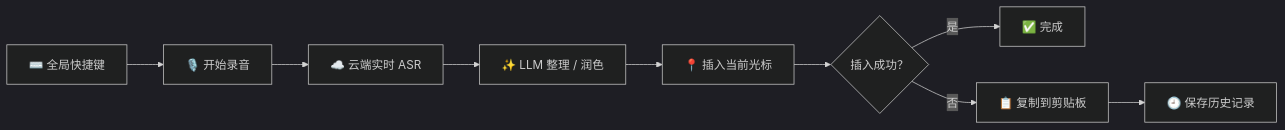
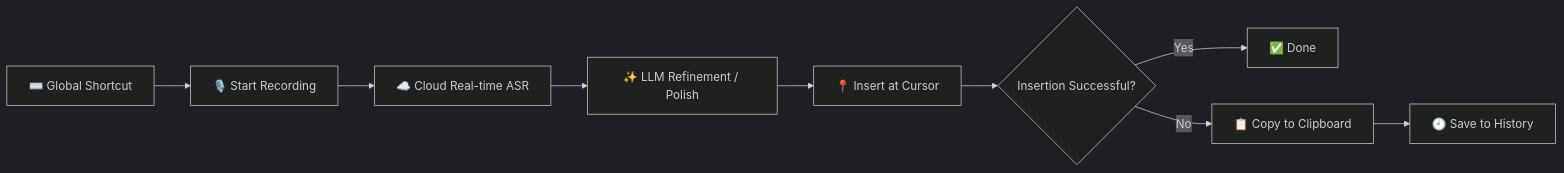
Before and after one commit to lubiny0601-spec/whisper-input: the first of 5 diagrams in README.md, drawn with Mermaid (dark theme). The commit also changed other lines of this file and 1 other file, not shown here.

````diff
--- a/README.md
+++ b/README.md
@@ -39,11 +45,11 @@
 ```mermaid
 flowchart LR
-  A["⌨️ 全局快捷键"] --> B["🎙️ 开始录音"]
-  B --> C["☁️ 云端实时 ASR"]
-  C --> D["✨ LLM 整理 / 润色"]
-  D --> E["📍 插入当前光标"]
-  E --> F{"插入成功？"}
-  F -->|是| G["✅ 完成"]
-  F -->|否| H["📋 复制到剪贴板"]
-  H --> I["🕘 保存历史记录"]
+  A["⌨️ Global Shortcut"] --> B["🎙️ Start Recording"]
+  B --> C["☁️ Cloud Real-time ASR"]
+  C --> D["✨ LLM Refinement / Polish"]
+  D --> E["📍 Insert at Cursor"]
+  E --> F{"Insertion Successful?"}
+  F -->|Yes| G["✅ Done"]
+  F -->|No| H["📋 Copy to Clipboard"]
+  H --> I["🕘 Save to History"]
 ```
````
